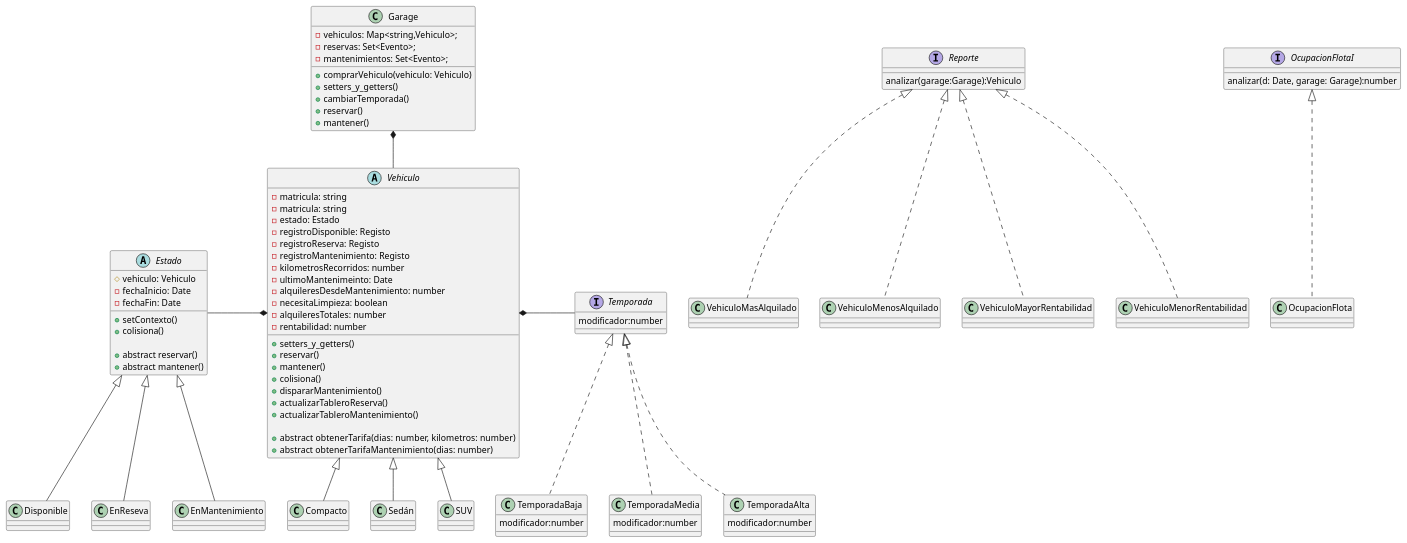
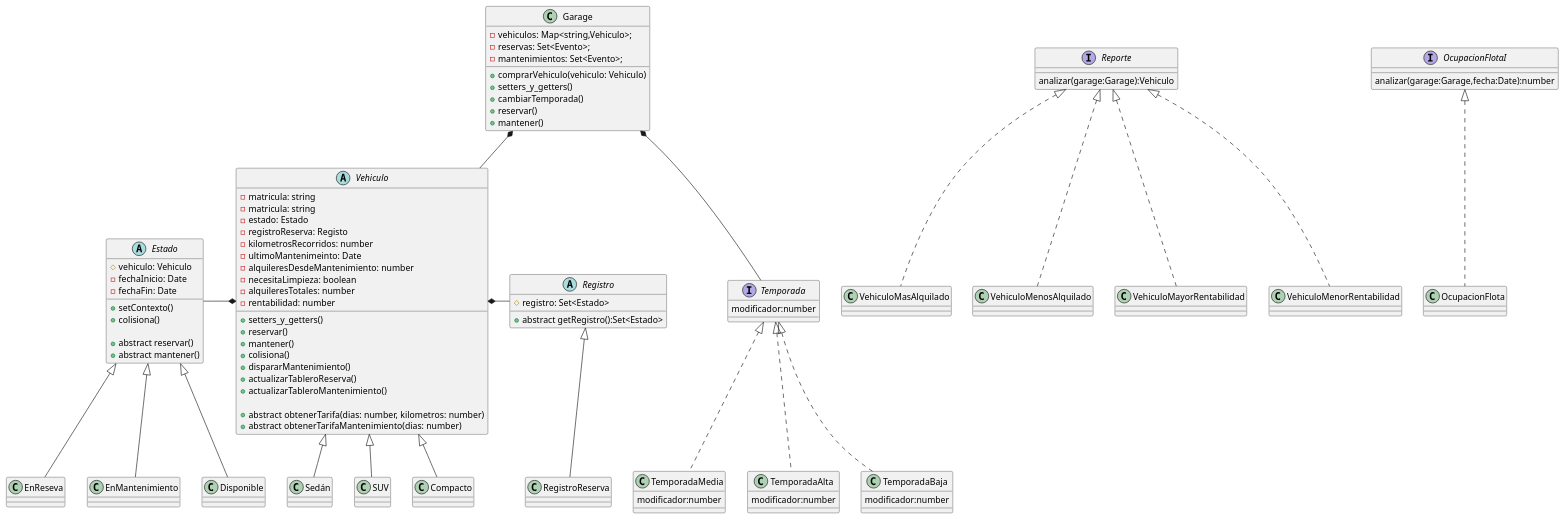
Before and after one commit to AlejoSuarez-37/Trabajo-Practico-Grupo16: the diagram in diagramas/clases/clases.puml, drawn with PlantUML. The commit also changed 16 other files, not shown here.

```diff
--- a/diagramas/clases/clases.puml
+++ b/diagramas/clases/clases.puml
@@ -1,117 +1,121 @@
 @startuml Diagrama de clases
 class Garage {
     - vehiculos: Map<string,Vehiculo>;
     - reservas: Set<Evento>;
     - mantenimientos: Set<Evento>;
     
     + comprarVehiculo(vehiculo: Vehiculo)
     + setters_y_getters()
     + cambiarTemporada()
     + reservar()
     + mantener()
 }
 
 abstract class Vehiculo {
     - matricula: string
     - matricula: string
     - estado: Estado
-    - registroDisponible: Registo
     - registroReserva: Registo
-    - registroMantenimiento: Registo
     - kilometrosRecorridos: number
     - ultimoMantenimeinto: Date
     - alquileresDesdeMantenimiento: number
     - necesitaLimpieza: boolean
     - alquileresTotales: number
     - rentabilidad: number
 
     + setters_y_getters()
     + reservar()
     + mantener()
     + colisiona()
     + dispararMantenimiento()
     + actualizarTableroReserva()
     + actualizarTableroMantenimiento()
 
     + abstract obtenerTarifa(dias: number, kilometros: number)
     + abstract obtenerTarifaMantenimiento(dias: number)
 }
-
 class Compacto {
 
 }
 class Sedán {
 
 }
 class SUV {
 
 }
 
 abstract class Estado{
     # vehiculo: Vehiculo
     - fechaInicio: Date
     - fechaFin: Date
 
     + setContexto()
     + colisiona()
 
     + abstract reservar()
     + abstract mantener()
 }
-
 class Disponible {
 
 }
 class EnReseva {
 
 }
 class EnMantenimiento {
 
 }
 
+abstract class Registro {
+    # registro: Set<Estado>
+    + abstract getRegistro():Set<Estado>
+}
+class RegistroReserva {}
 
 interface Reporte {
     analizar(garage:Garage):Vehiculo
 }
 class VehiculoMasAlquilado implements Reporte {}
 class VehiculoMenosAlquilado implements Reporte {}
 class VehiculoMayorRentabilidad implements Reporte {}
 class VehiculoMenorRentabilidad implements Reporte {}
 
 interface OcupacionFlotaI {
-    analizar(d: Date, garage: Garage):number
+    analizar(garage:Garage,fecha:Date):number
 }
 class OcupacionFlota implements OcupacionFlotaI {}
 
 
 interface Temporada {
     modificador:number
 }
 class TemporadaBaja implements Temporada{
     modificador:number
 }
 class TemporadaMedia implements Temporada{
     modificador:number  
 }
 class TemporadaAlta implements Temporada{
     modificador:number
 }
 
 
 ' Relaciones
 
 
 Garage *-d- Vehiculo
+Garage *-- Temporada
 
 Vehiculo <|-- Compacto
 Vehiculo <|-- Sedán
 Vehiculo <|-- SUV
 
-Vehiculo *-r- Temporada
 Vehiculo *-l- Estado
+Vehiculo *-r- Registro
 
 Estado <|-- Disponible
 Estado <|-- EnReseva
 Estado <|-- EnMantenimiento
 
+Registro <|-- RegistroReserva
+
 @enduml
```
